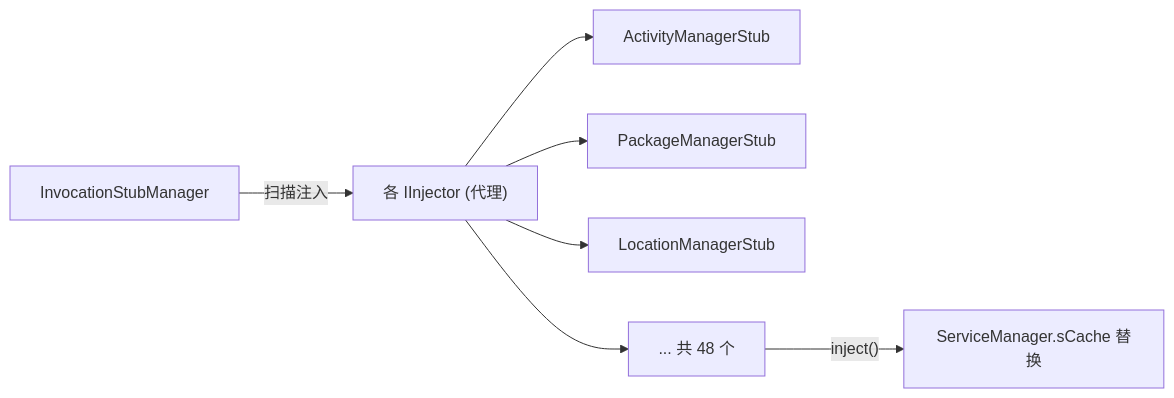
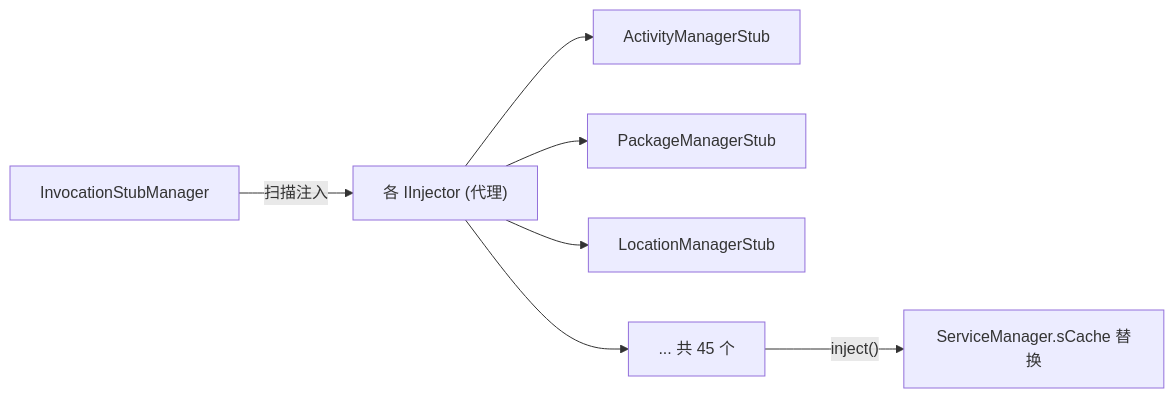
The diagram in website/reference/client/core.md (android-security-engineer/VirtualXposed-skills), drawn with Mermaid before and after one commit. The commit also changed other lines of this file and 17 other files, not shown here.

````diff
--- a/website/reference/client/core.md
+++ b/website/reference/client/core.md
@@ -30,9 +30,9 @@
 ```mermaid
 flowchart LR
   ISM["InvocationStubManager"] -->|"扫描注入"| INJ["各 IInjector (代理)"]
   INJ --> AMS["ActivityManagerStub"]
   INJ --> PMS["PackageManagerStub"]
   INJ --> LOC["LocationManagerStub"]
-  INJ --> ETC["... 共 48 个"]
+  INJ --> ETC["... 共 45 个"]
   ETC -->|"inject()"| SC["ServiceManager.sCache 替换"]
 ```
````
